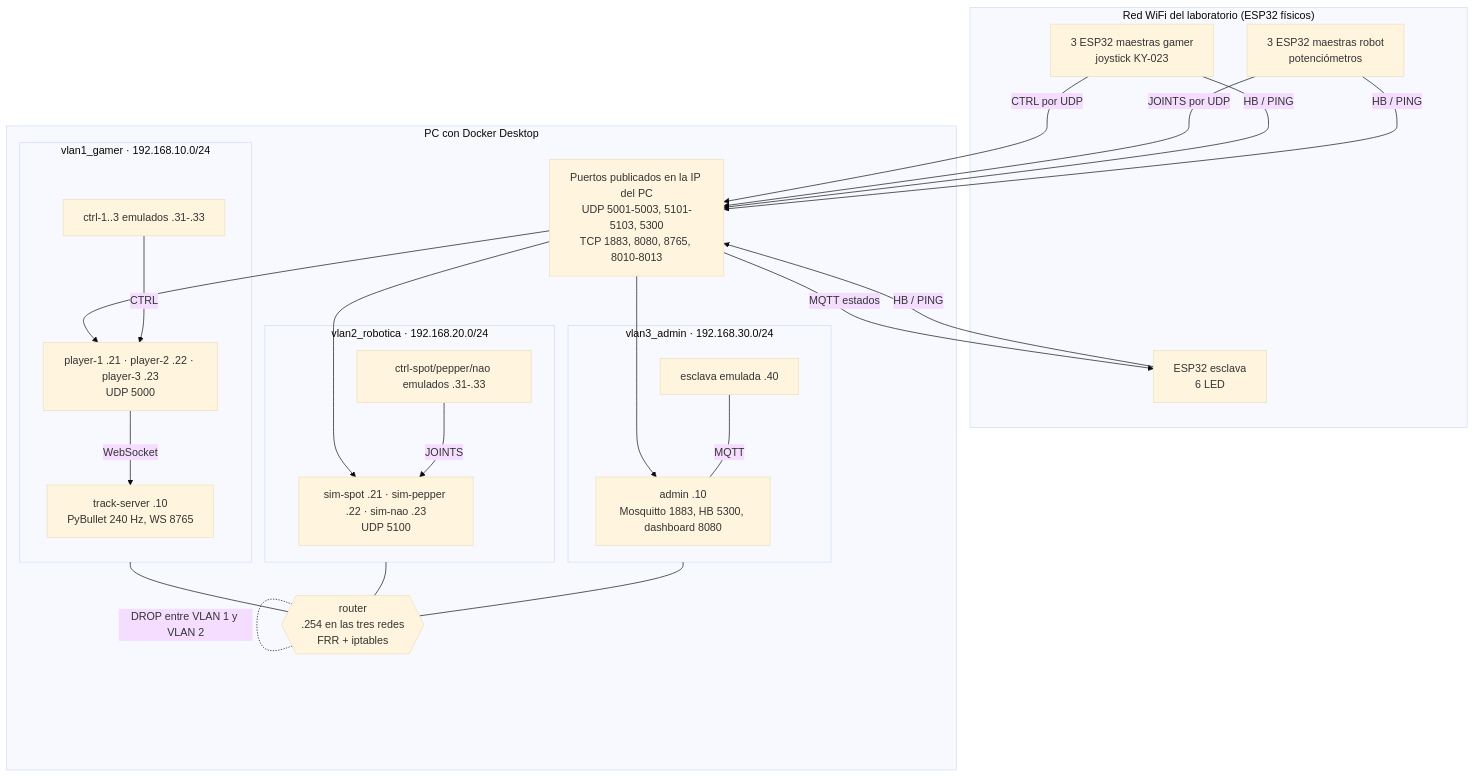
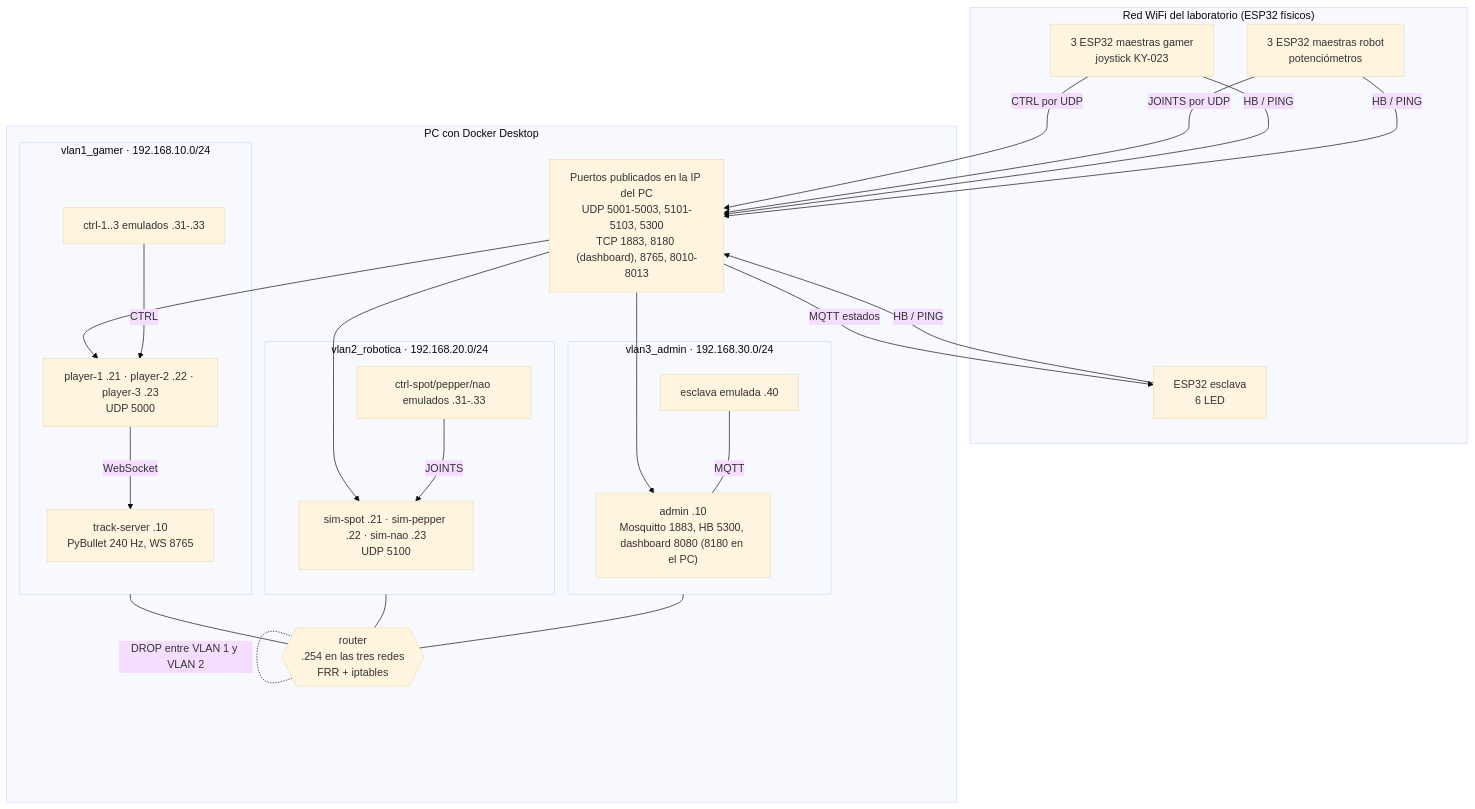
Before and after one commit to Dathinel/Sensores-Teoria: the fifth of 7 diagrams in 11-zonas-virtualizadas-esp32-vlan/README.md, drawn with Mermaid (base theme). The commit also changed other lines of this file and 322 other files, not shown here.

````diff
--- a/11-zonas-virtualizadas-esp32-vlan/README.md
+++ b/11-zonas-virtualizadas-esp32-vlan/README.md
@@ -302,38 +325,38 @@
 ```mermaid
 flowchart TB
     subgraph WIFI["Red WiFi del laboratorio (ESP32 físicos)"]
         EG["3 ESP32 maestras gamer<br/>joystick KY-023"]
         ER["3 ESP32 maestras robot<br/>potenciómetros"]
         EE["ESP32 esclava<br/>6 LED"]
     end
     subgraph PC["PC con Docker Desktop"]
-        PUB["Puertos publicados en la IP del PC<br/>UDP 5001-5003, 5101-5103, 5300<br/>TCP 1883, 8080, 8765, 8010-8013"]
+        PUB["Puertos publicados en la IP del PC<br/>UDP 5001-5003, 5101-5103, 5300<br/>TCP 1883, 8180 (dashboard), 8765, 8010-8013"]
         subgraph V1["vlan1_gamer · 192.168.10.0/24"]
             TS["track-server .10<br/>PyBullet 240 Hz, WS 8765"]
             PL["player-1 .21 · player-2 .22 · player-3 .23<br/>UDP 5000"]
             EMG["ctrl-1..3 emulados .31-.33"]
         end
         subgraph V2["vlan2_robotica · 192.168.20.0/24"]
             SIM["sim-spot .21 · sim-pepper .22 · sim-nao .23<br/>UDP 5100"]
             EMR["ctrl-spot/pepper/nao emulados .31-.33"]
         end
         subgraph V3["vlan3_admin · 192.168.30.0/24"]
-            ADM["admin .10<br/>Mosquitto 1883, HB 5300, dashboard 8080"]
+            ADM["admin .10<br/>Mosquitto 1883, HB 5300, dashboard 8080 (8180 en el PC)"]
             EME["esclava emulada .40"]
         end
         RT{{"router<br/>.254 en las tres redes<br/>FRR + iptables"}}
     end
     EG -- "CTRL por UDP" --> PUB
     ER -- "JOINTS por UDP" --> PUB
     EG & ER & EE -- "HB / PING" --> PUB
     PUB -- "MQTT estados" --> EE
     PUB --> PL & SIM & ADM
     EMG -- "CTRL" --> PL
     EMR -- "JOINTS" --> SIM
     PL -- "WebSocket" --> TS
     V1 --- RT
     V2 --- RT
     V3 --- RT
     RT -. "DROP entre VLAN 1 y VLAN 2" .- RT
     EME -- "MQTT" --- ADM
 ```
````
